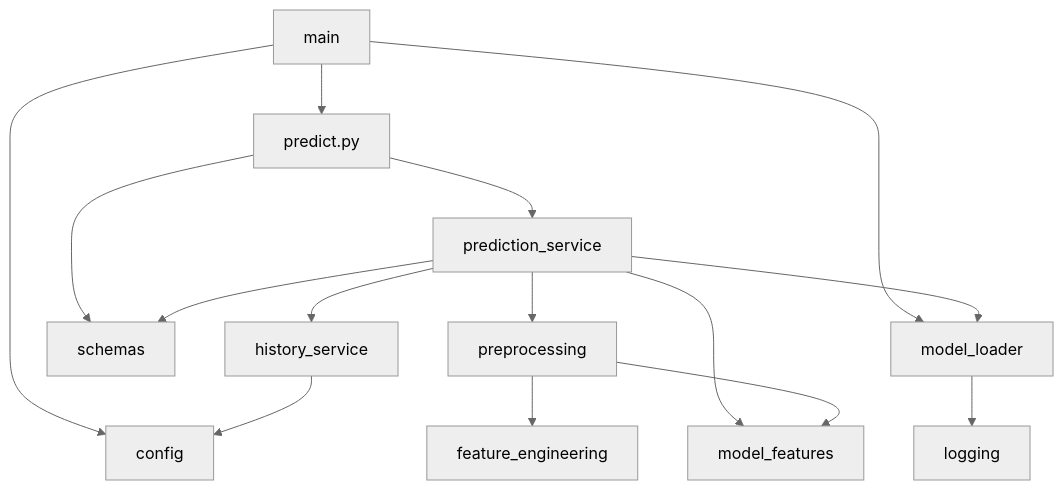
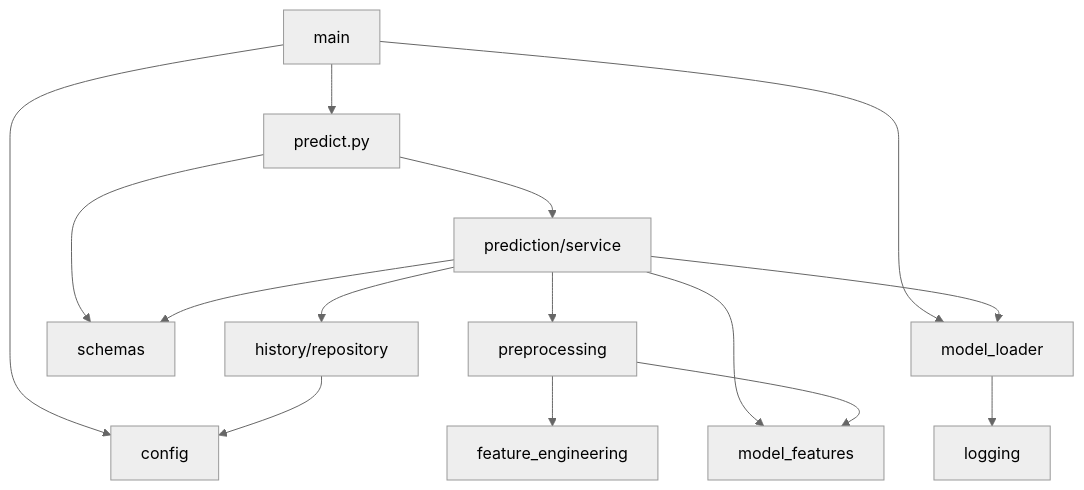
Before and after one commit to yahav97/final_project_AthleAgent: the second of 2 diagrams in backend/docs/LLD.md, drawn with Mermaid (neutral theme). The commit also changed other lines of this file and 25 other files, not shown here.

First line of the commit message:
Refactor service structure and enhance data handling in prediction logic

````diff
--- a/backend/docs/LLD.md
+++ b/backend/docs/LLD.md
@@ -453,22 +446,22 @@
 ```mermaid
 flowchart TD
     main --> config
     main --> predict_route[predict.py]
     main --> model_loader
 
-    predict_route --> prediction_service
+    predict_route --> prediction_svc[prediction/service]
     predict_route --> schemas
 
-    prediction_service --> history_service
-    prediction_service --> preprocessing
-    prediction_service --> model_features
-    prediction_service --> model_loader
-    prediction_service --> schemas
+    prediction_svc --> history_repo[history/repository]
+    prediction_svc --> preprocessing
+    prediction_svc --> model_features
+    prediction_svc --> model_loader
+    prediction_svc --> schemas
 
     preprocessing --> feature_engineering
     preprocessing --> model_features
 
-    history_service --> config
+    history_repo --> config
 
     model_loader --> logging
 ```
````
